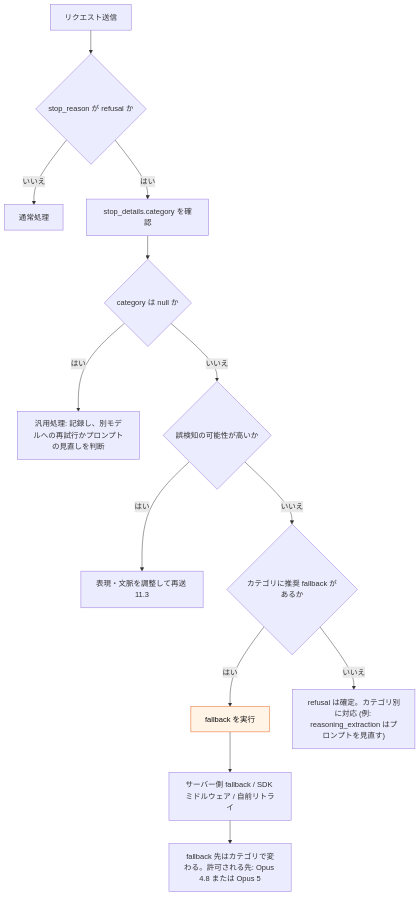
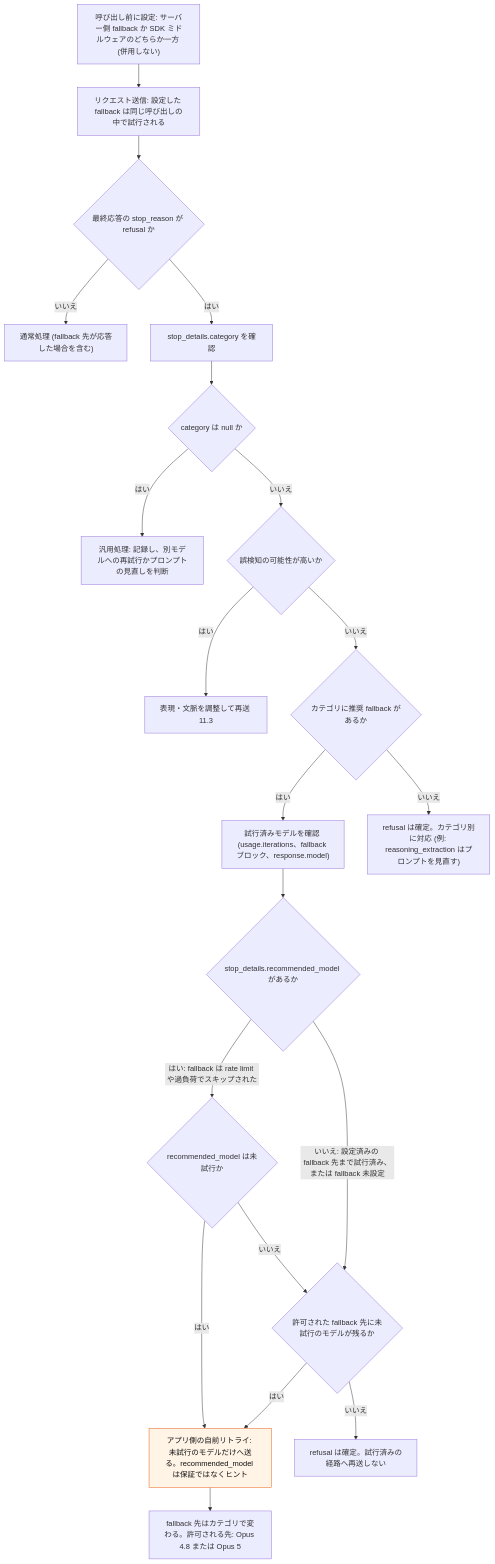
The ninth of 10 diagrams in Claude-fable-5-1-best-practices-guide.md (myoshi2891/Comparison-of-LLMs), drawn with Mermaid before and after one commit.

Commit message:
docs(claude): refine refusal and fallback flowchart in Fable 5.1 guide

````diff
--- a/Claude-fable-5-1-best-practices-guide.md
+++ b/Claude-fable-5-1-best-practices-guide.md
@@ -824,16 +824,23 @@
 ```mermaid
 flowchart TD
-    A["リクエスト送信"] --> B{"stop_reason が refusal か"}
-    B -- "いいえ" --> OK["通常処理"]
+    S["呼び出し前に設定: サーバー側 fallback か SDK ミドルウェアのどちらか一方 (併用しない)"] --> A["リクエスト送信: 設定した fallback は同じ呼び出しの中で試行される"]
+    A --> B{"最終応答の stop_reason が refusal か"}
+    B -- "いいえ" --> OK["通常処理 (fallback 先が応答した場合を含む)"]
     B -- "はい" --> C["stop_details.category を確認"]
     C --> N{"category は null か"}
     N -- "はい" --> U["汎用処理: 記録し、別モデルへの再試行かプロンプトの見直しを判断"]
     N -- "いいえ" --> D{"誤検知の可能性が高いか"}
     D -- "はい" --> E["表現・文脈を調整して再送 11.3"]
     D -- "いいえ" --> R{"カテゴリに推奨 fallback があるか"}
-    R -- "はい" --> F["fallback を実行"]
+    R -- "はい" --> T["試行済みモデルを確認 (usage.iterations、fallback ブロック、response.model)"]
     R -- "いいえ" --> P["refusal は確定。カテゴリ別に対応 (例: reasoning_extraction はプロンプトを見直す)"]
-    F --> G["サーバー側 fallback / SDK ミドルウェア / 自前リトライ"]
-    G --> H["fallback 先はカテゴリで変わる。許可される先: Opus 4.8 または Opus 5"]
+    T --> K{"stop_details.recommended_model があるか"}
+    K -- "はい: fallback は rate limit や過負荷でスキップされた" --> M{"recommended_model は未試行か"}
+    K -- "いいえ: 設定済みの fallback 先まで試行済み、または fallback 未設定" --> L{"許可された fallback 先に未試行のモデルが残るか"}
+    M -- "はい" --> F["アプリ側の自前リトライ: 未試行のモデルだけへ送る。recommended_model は保証ではなくヒント"]
+    M -- "いいえ" --> L
+    L -- "はい" --> F
+    L -- "いいえ" --> Z["refusal は確定。試行済みの経路へ再送しない"]
+    F --> H["fallback 先はカテゴリで変わる。許可される先: Opus 4.8 または Opus 5"]
     style F fill:#fff4e6,stroke:#e8590c,color:#111
 ```
````
